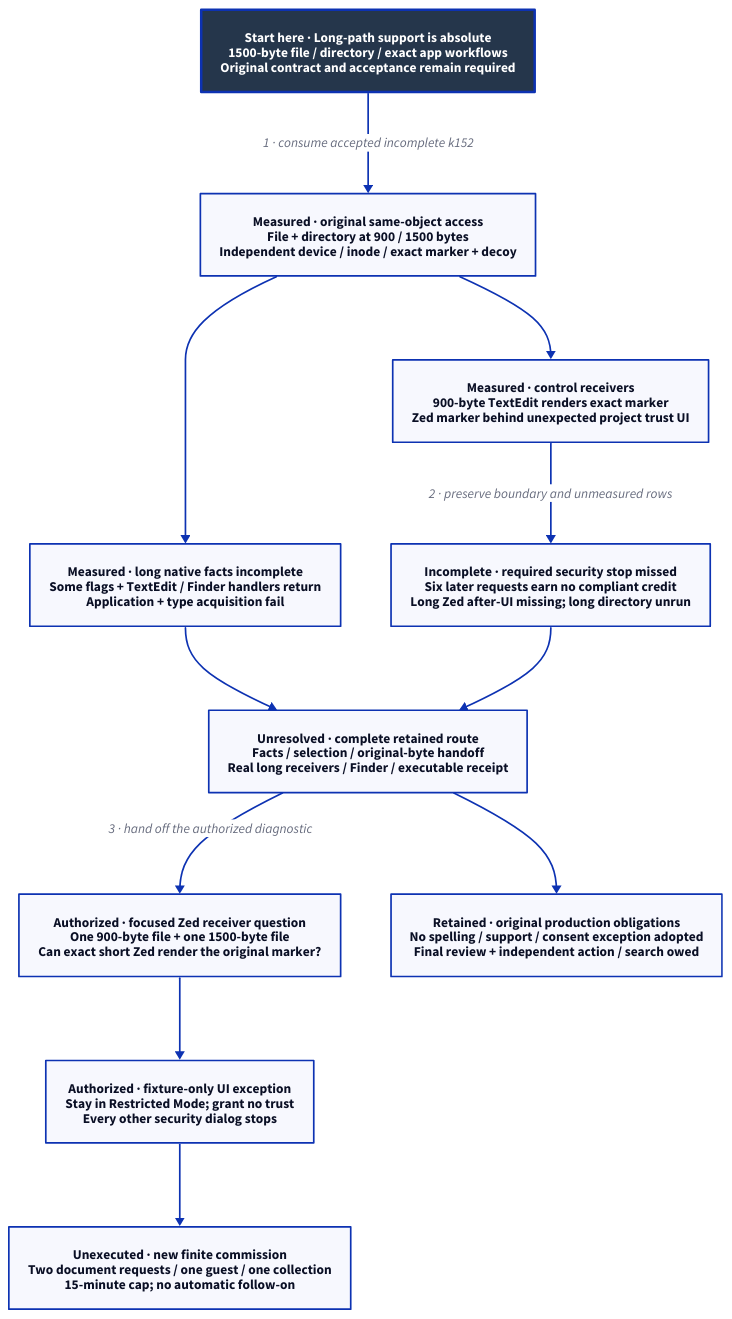
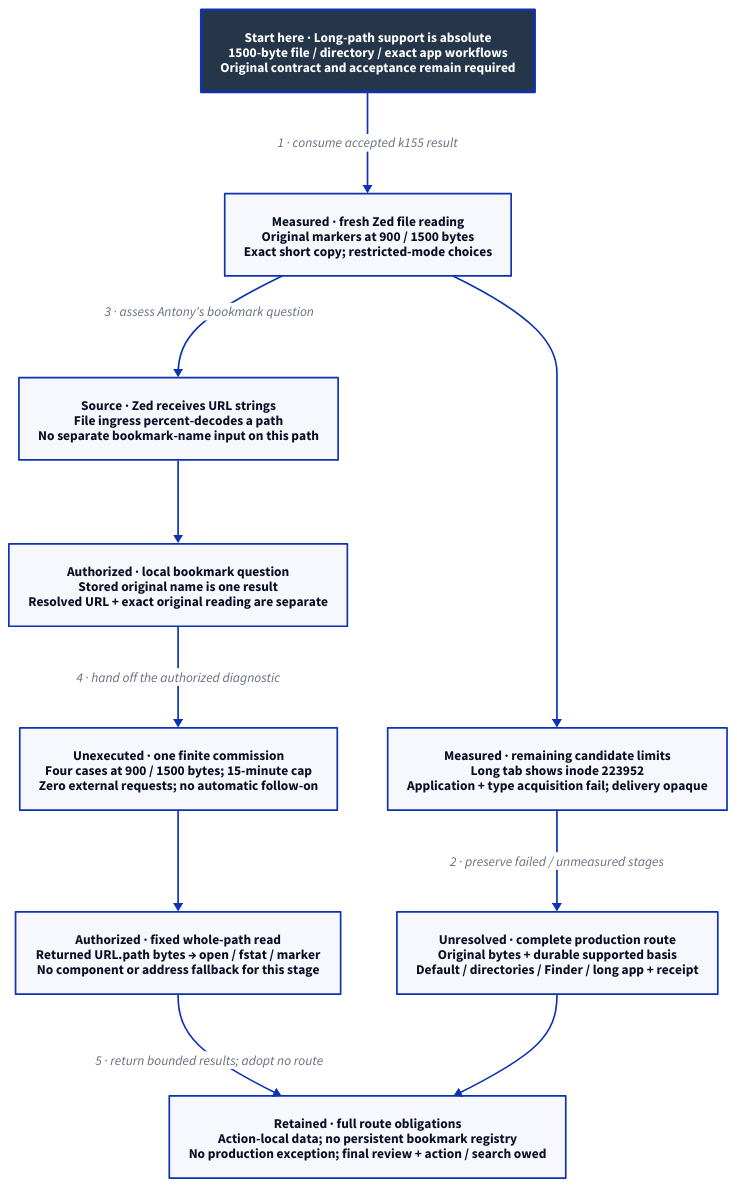
One commit to Linkuistics/Koine changed the diagram in docs/design/architecture/workspace-route-candidates.d2. Above: the diagram before and after it, drawn with D2. The commit also changed 18 other files, not shown here.

Commit message:
Assess Zed result and hand off authorized bookmark diagnostic (long-action-route-k157)

```diff
--- a/docs/design/architecture/workspace-route-candidates.d2
+++ b/docs/design/architecture/workspace-route-candidates.d2
@@ -1,25 +1,23 @@
-# Returned same-object result and authorized focused receiver diagnostic.
+# Accepted focused receiver result and authorized local bookmark diagnostic.
 direction: down
 classes: {
   start: {style: {fill: "#25364B"; font-color: "#FFFFFF"; bold: true; stroke-width: 3}}
 }
 Contract: "Start here · Long-path support is absolute\n1500-byte file / directory / exact app workflows\nOriginal contract and acceptance remain required" {class: start}
-Local: "Measured · original same-object access\nFile + directory at 900 / 1500 bytes\nIndependent device / inode / exact marker + decoy"
-Facts: "Measured · long native facts incomplete\nSome flags + TextEdit / Finder handlers return\nApplication + type acquisition fail"
-Control: "Measured · control receivers\n900-byte TextEdit renders exact marker\nZed marker behind unexpected project trust UI"
-Stop: "Incomplete · required security stop missed\nSix later requests earn no compliant credit\nLong Zed after-UI missing; long directory unrun"
-Gap: "Unresolved · complete retained route\nFacts / selection / original-byte handoff\nReal long receivers / Finder / executable receipt"
-Proposal: "Authorized · focused Zed receiver question\nOne 900-byte file + one 1500-byte file\nCan exact short Zed render the original marker?"
-Interaction: "Authorized · fixture-only UI exception\nStay in Restricted Mode; grant no trust\nEvery other security dialog stops"
-Bounds: "Unexecuted · new finite commission\nTwo document requests / one guest / one collection\n15-minute cap; no automatic follow-on"
-Hold: "Retained · original production obligations\nNo spelling / support / consent exception adopted\nFinal review + independent action / search owed"
-Contract -> Local: "1 · consume accepted incomplete k152"
-Local -> Facts
-Local -> Control
-Control -> Stop: "2 · preserve boundary and unmeasured rows"
-Facts -> Gap
-Stop -> Gap
-Gap -> Proposal: "3 · hand off the authorized diagnostic"
-Proposal -> Interaction
-Interaction -> Bounds
+Receiver: "Measured · fresh Zed file reading\nOriginal markers at 900 / 1500 bytes\nExact short copy; restricted-mode choices"
+Limits: "Measured · remaining candidate limits\nLong tab shows inode 223952\nApplication + type acquisition fail; delivery opaque"
+Gap: "Unresolved · complete production route\nOriginal bytes + durable supported basis\nDefault / directories / Finder / long app + receipt"
+Source: "Source · Zed receives URL strings\nFile ingress percent-decodes a path\nNo separate bookmark-name input on this path"
+Question: "Authorized · local bookmark question\nStored original name is one result\nResolved URL + exact original reading are separate"
+Bounds: "Unexecuted · one finite commission\nFour cases at 900 / 1500 bytes; 15-minute cap\nZero external requests; no automatic follow-on"
+Read: "Authorized · fixed whole-path read\nReturned URL.path bytes → open / fstat / marker\nNo component or address fallback for this stage"
+Hold: "Retained · full route obligations\nAction-local data; no persistent bookmark registry\nNo production exception; final review + action / search owed"
+Contract -> Receiver: "1 · consume accepted k155 result"
+Receiver -> Limits
+Limits -> Gap: "2 · preserve failed / unmeasured stages"
+Receiver -> Source: "3 · assess Antony's bookmark question"
+Source -> Question
+Question -> Bounds: "4 · hand off the authorized diagnostic"
+Bounds -> Read
+Read -> Hold: "5 · return bounded results; adopt no route"
 Gap -> Hold
```
